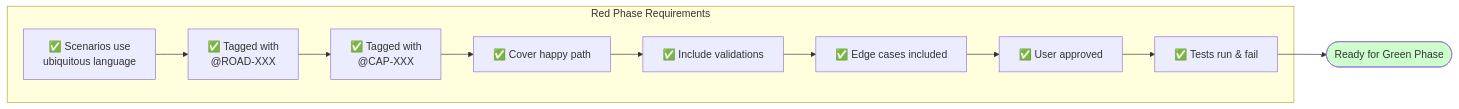
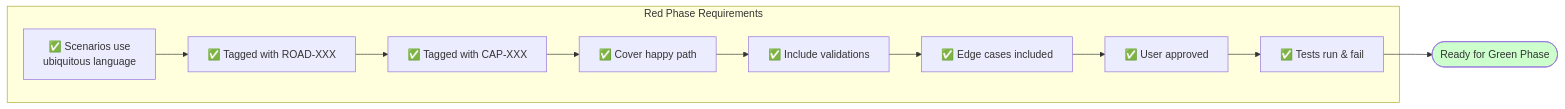
One commit to esimplicityinc/water-demo changed the fourth of 17 diagrams in docs/agents/bdd-loop.md. Above: the diagram before and after it, drawn with Mermaid. The commit also changed other lines of this file and 20 other files, not shown here.

````diff
--- a/docs/agents/bdd-loop.md
+++ b/docs/agents/bdd-loop.md
@@ -134,18 +134,18 @@
 ```mermaid
 flowchart LR
     subgraph "Red Phase Requirements"
         R1[✅ Scenarios use<br/>ubiquitous language]
-        R2[✅ Tagged with<br/>@ROAD-XXX]
-        R2b[✅ Tagged with<br/>@CAP-XXX]
+        R2["✅ Tagged with ROAD-XXX"]
+        R2b["✅ Tagged with CAP-XXX"]
         R3[✅ Cover happy path]
         R4[✅ Include validations]
         R5[✅ Edge cases included]
         R6[✅ User approved]
         R7[✅ Tests run & fail]
     end
 
     R1 --> R2 --> R2b --> R3 --> R4 --> R5 --> R6 --> R7
     R7 --> Done([Ready for Green Phase])
 
     style Done fill:#ccffcc
 ```
````
